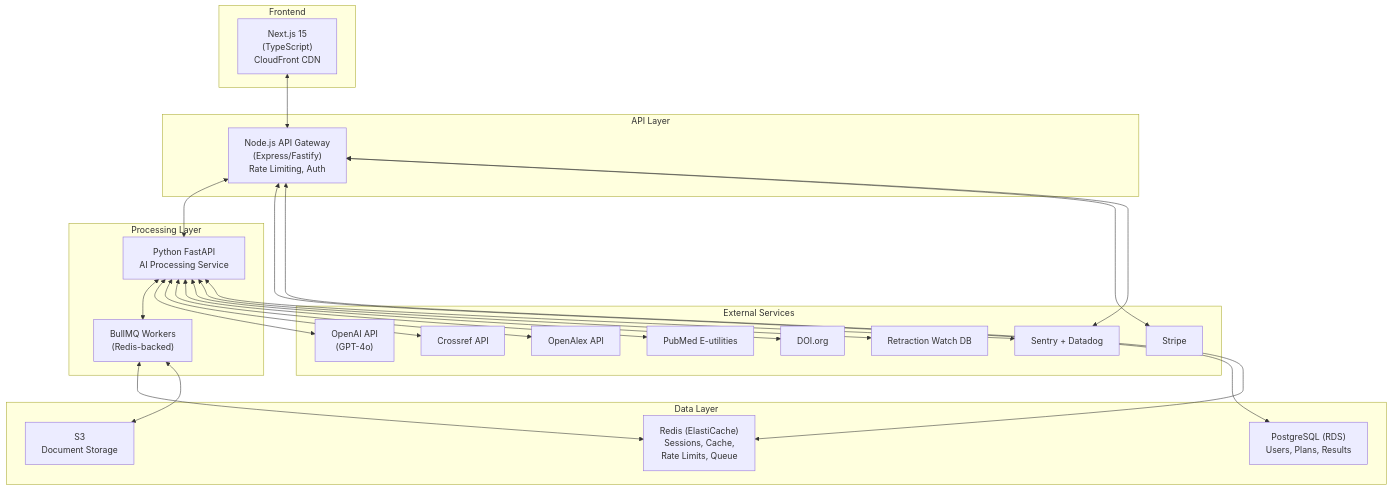
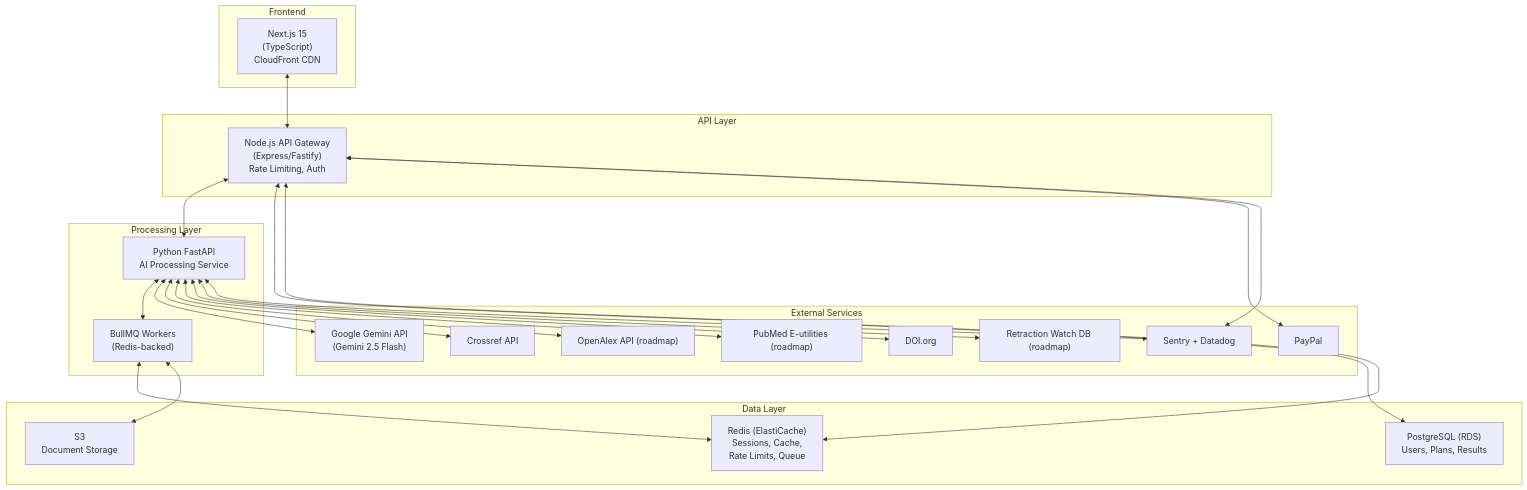
One commit to Faithmanex/citepilot changed the sixth of 6 diagrams in 01-discovery-strategy/02-prd.md. Above: the diagram before and after it, drawn with Mermaid. The commit also changed other lines of this file and 32 other files, not shown here.

Commit message:
docs(truthfulness): align architecture, security, legal, and ops docs with live MVP stack

````diff
--- a/01-discovery-strategy/02-prd.md
+++ b/01-discovery-strategy/02-prd.md
@@ -497,49 +517,49 @@
 ```mermaid
 flowchart TB
     subgraph "Frontend"
         A["Next.js 15\n(TypeScript)\nCloudFront CDN"]
     end
 
     subgraph "API Layer"
         B["Node.js API Gateway\n(Express/Fastify)\nRate Limiting, Auth"]
     end
 
     subgraph "Processing Layer"
         C["Python FastAPI\nAI Processing Service"]
         D["BullMQ Workers\n(Redis-backed)"]
     end
 
     subgraph "Data Layer"
         E["PostgreSQL (RDS)\nUsers, Plans, Results"]
         F["Redis (ElastiCache)\nSessions, Cache,\nRate Limits, Queue"]
         G["S3\nDocument Storage"]
     end
 
     subgraph "External Services"
-        H["OpenAI API\n(GPT-4o)"]
+        H["Google Gemini API\n(Gemini 2.5 Flash)"]
         I["Crossref API"]
-        J["OpenAlex API"]
-        K["PubMed E-utilities"]
+        J["OpenAlex API (roadmap)"]
+        K["PubMed E-utilities (roadmap)"]
         L["DOI.org"]
-        M["Retraction Watch DB"]
-        N["Stripe"]
+        M["Retraction Watch DB (roadmap)"]
+        N["PayPal"]
         O["Sentry + Datadog"]
     end
 
     A <--> B
     B <--> C
     B <--> E
     B <--> F
     C <--> D
     C <--> H
     C <--> I
     C <--> J
     C <--> K
     C <--> L
     C <--> M
     D <--> F
     D <--> G
     B <--> N
     B <--> O
     C <--> O
 ```
````
